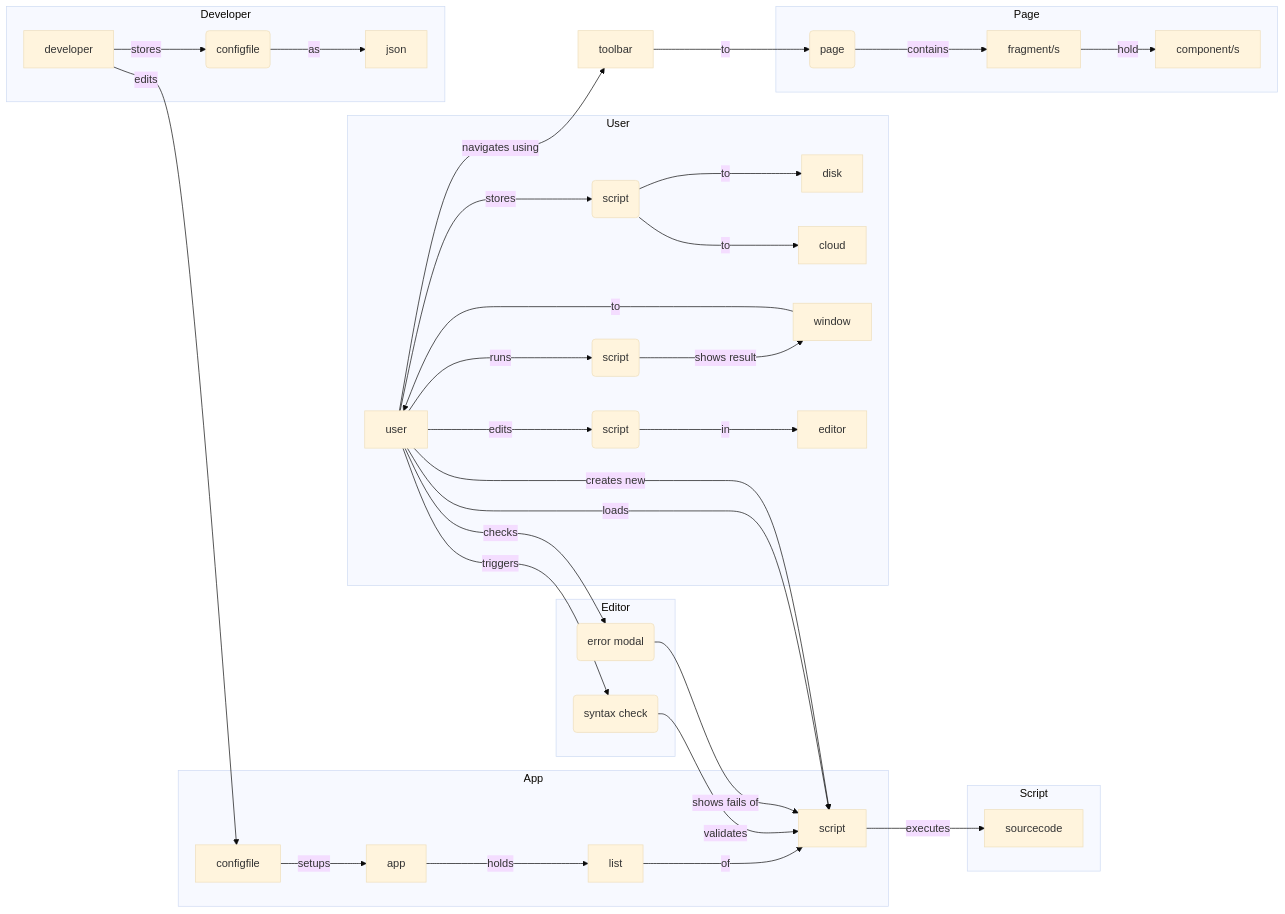
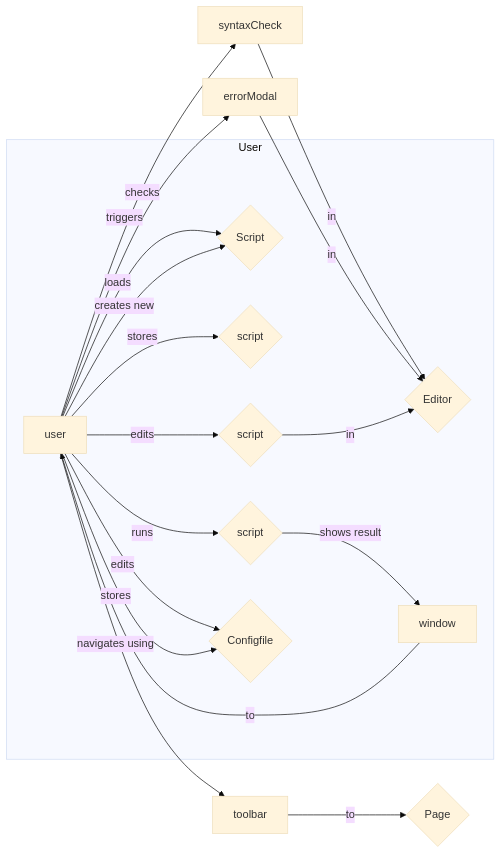
One commit to inflamously/pylaunch changed the first of 7 diagrams in pylaunch.md. Above: the diagram before and after it, drawn with Mermaid (base theme). The commit also changed other lines of this file, not shown here.

Commit message:
feat(others): refactored doc graphs.

````diff
--- a/pylaunch.md
+++ b/pylaunch.md
@@ -5,32 +5,16 @@
 ```mermaid
 graph LR
-	user -- triggers --> syntaxCheck
-	user -- checks --> errorModal
-	user -- navigates using --> toolbar -- to --> p1
-	subgraph App
-        app -- holds --> list -- of --> script
-        configfile -- setups --> app
-	end
+	script{Script}
+	user -- triggers --> syntaxCheck -- in --> editor
+	user -- checks --> errorModal -- in --> editor
+	user -- navigates using --> toolbar -- to --> page{Page}
 	subgraph User
-        user -- stores --> s1("script") -- to --> disk & cloud
+        user -- stores --> s1{script}
         user -- loads --> script
-        user -- runs --> s2("script") -- shows result --> window -- to --> user
+        user -- runs --> s2{script} -- shows result --> window -- to --> user
         user -- creates new --> script
-        user -- edits --> s3("script") -- in --> editor
-        
-	end
-	subgraph Developer
-        developer -- edits --> configfile
-        developer -- stores --> cf1("configfile") -- as --> json
-	end
-	subgraph Script
-		script -- executes --> sourcecode
-	end
-	subgraph Editor
-		syntaxCheck(syntax check) -- validates --> script
-		errorModal(error modal) -- shows fails of --> script
-	end
-	subgraph Page
-		p1(page) -- contains --> fragment/s -- hold --> component/s
+        user -- edits --> s3{script} -- in --> editor{Editor}
+	    user -- edits --> configfile
+        user -- stores --> configfile{Configfile}
 	end
 ```
````
